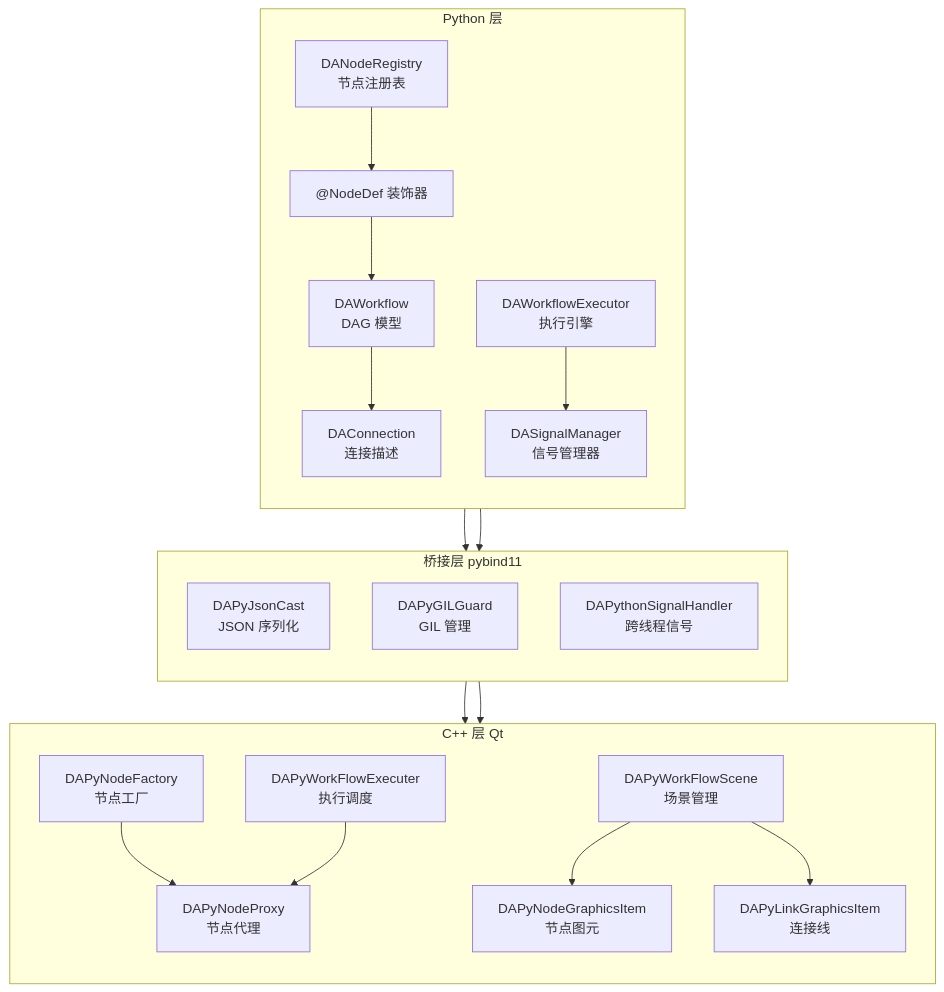
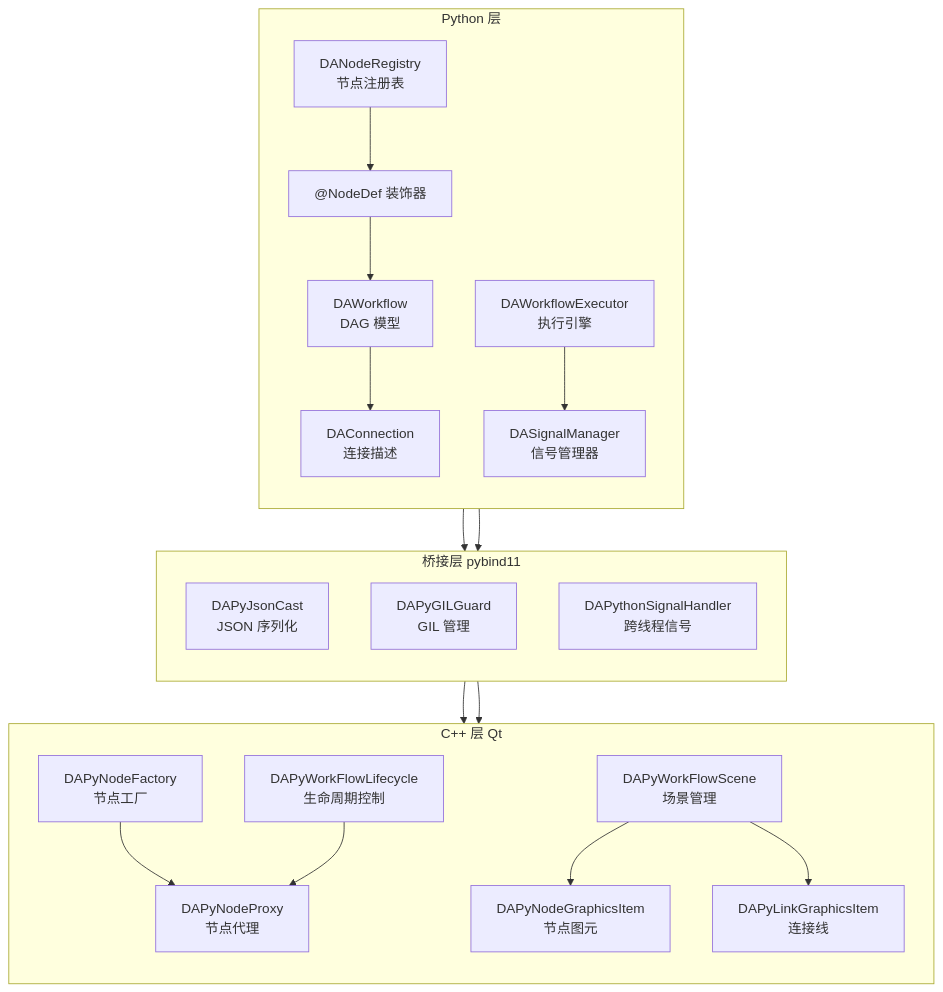
One commit to czyt1988/data-workbench changed the diagram in docs/zh/dev-guide/workflow-overview.md. Above: the diagram before and after it, drawn with Mermaid. The commit also changed other lines of this file and 7 other files, not shown here.

First line of the commit message:
test(DAPyWorkFlow): add execution path integration tests

````diff
--- a/docs/zh/dev-guide/workflow-overview.md
+++ b/docs/zh/dev-guide/workflow-overview.md
@@ -84,44 +84,44 @@
 ```mermaid
 flowchart TB
     subgraph Python_Layer [Python 层]
         direction TB
         NodeDef["@NodeDef 装饰器"]
         DAWorkflow["DAWorkflow<br/>DAG 模型"]
         DANodeRegistry["DANodeRegistry<br/>节点注册表"]
         DAWorkflowExecutor["DAWorkflowExecutor<br/>执行引擎"]
         DASignalManager["DASignalManager<br/>信号管理器"]
         DAConnection["DAConnection<br/>连接描述"]
     end
 
     subgraph Bridge_Layer [桥接层 pybind11]
         direction TB
         PyJsonCast["DAPyJsonCast<br/>JSON 序列化"]
         PyGILGuard["DAPyGILGuard<br/>GIL 管理"]
         PySignalHandler["DAPythonSignalHandler<br/>跨线程信号"]
     end
 
     subgraph CPP_Layer [C++ 层 Qt]
         direction TB
         DAPyWorkFlowScene["DAPyWorkFlowScene<br/>场景管理"]
         DAPyNodeGraphicsItem["DAPyNodeGraphicsItem<br/>节点图元"]
         DAPyLinkGraphicsItem["DAPyLinkGraphicsItem<br/>连接线"]
         DAPyNodeProxy["DAPyNodeProxy<br/>节点代理"]
         DAPyNodeFactory["DAPyNodeFactory<br/>节点工厂"]
-        DAPyWorkFlowExecuter["DAPyWorkFlowExecuter<br/>执行调度"]
+        DAPyWorkFlowLifecycle["DAPyWorkFlowLifecycle<br/>生命周期控制"]
     end
 
     NodeDef --> DAWorkflow
     DAWorkflow --> DAConnection
     DANodeRegistry --> NodeDef
     DAWorkflowExecutor --> DASignalManager
 
     DAWorkflow --> PyJsonCast
     DASignalManager --> PySignalHandler
 
     PyJsonCast --> DAPyWorkFlowScene
-    PySignalHandler --> DAPyWorkFlowExecuter
+    PySignalHandler --> DAPyWorkFlowLifecycle
     DAPyNodeFactory --> DAPyNodeProxy
     DAPyWorkFlowScene --> DAPyNodeGraphicsItem
     DAPyWorkFlowScene --> DAPyLinkGraphicsItem
-    DAPyWorkFlowExecuter --> DAPyNodeProxy
+    DAPyWorkFlowLifecycle --> DAPyNodeProxy
 ```
````
